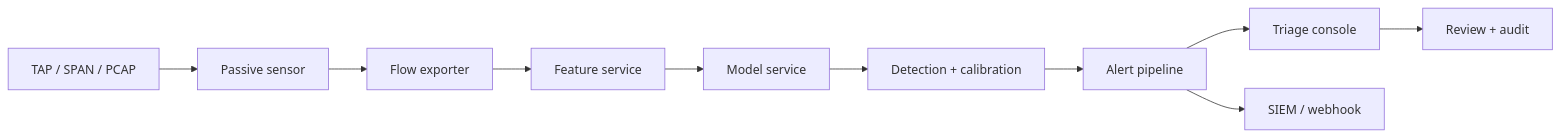
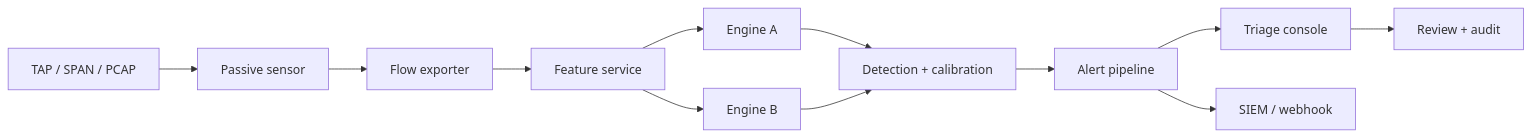
Before and after one commit to coderv1304/network-anomaly-detection: the second of 4 diagrams in docs/IDS_IPS_ROADMAP.md, drawn with Mermaid. The commit also changed other lines of this file and 7 other files, not shown here.

First line of the commit message:
feat: add scoped P2B comparison and neural hybrid roadmap

````diff
--- a/docs/IDS_IPS_ROADMAP.md
+++ b/docs/IDS_IPS_ROADMAP.md
@@ -137,12 +161,14 @@
 ```mermaid
 flowchart LR
     T[TAP / SPAN / PCAP] --> S[Passive sensor]
     S --> F[Flow exporter]
     F --> P[Feature service]
-    P --> M[Model service]
-    M --> D[Detection + calibration]
-    D --> A[Alert pipeline]
-    A --> Q[Triage console]
+    P --> A[Engine A]
+    P --> B[Engine B]
+    A --> D[Detection + calibration]
+    B --> D
+    D --> AL[Alert pipeline]
+    AL --> Q[Triage console]
     Q --> R[Review + audit]
-    A --> O[SIEM / webhook]
+    AL --> O[SIEM / webhook]
 ```
````
